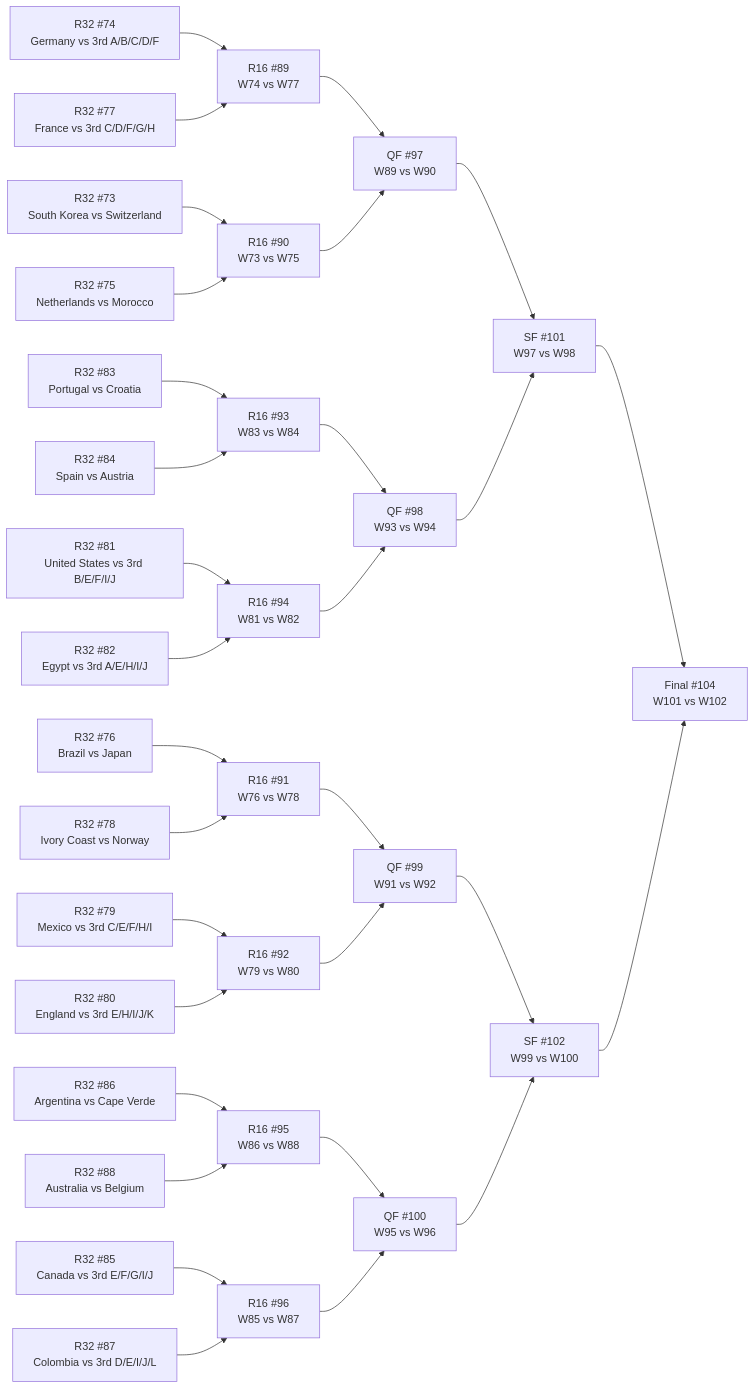
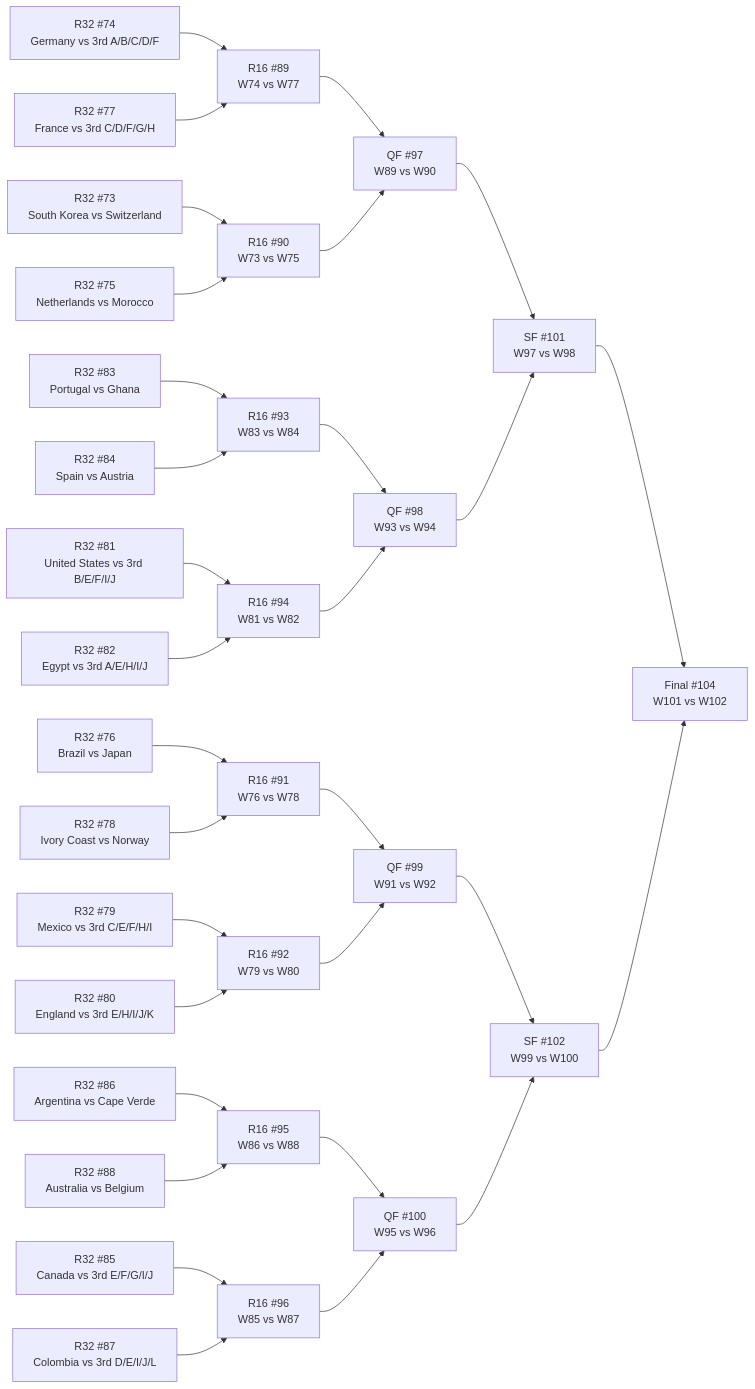
One commit to Tutai-Tran/WC-2026-predictor changed the diagram in WC vault/_bracket.md. Above: the diagram before and after it, drawn with Mermaid. The commit also changed other lines of this file and 229 other files, not shown here.

````diff
--- a/WC vault/_bracket.md
+++ b/WC vault/_bracket.md
@@ -11,64 +11,64 @@
 ```mermaid
 flowchart LR
   M73["R32 #73<br>South Korea vs Switzerland"]
   M74["R32 #74<br>Germany vs 3rd A/B/C/D/F"]
   M75["R32 #75<br>Netherlands vs Morocco"]
   M76["R32 #76<br>Brazil vs Japan"]
   M77["R32 #77<br>France vs 3rd C/D/F/G/H"]
   M78["R32 #78<br>Ivory Coast vs Norway"]
   M79["R32 #79<br>Mexico vs 3rd C/E/F/H/I"]
   M80["R32 #80<br>England vs 3rd E/H/I/J/K"]
   M81["R32 #81<br>United States vs 3rd B/E/F/I/J"]
   M82["R32 #82<br>Egypt vs 3rd A/E/H/I/J"]
-  M83["R32 #83<br>Portugal vs Croatia"]
+  M83["R32 #83<br>Portugal vs Ghana"]
   M84["R32 #84<br>Spain vs Austria"]
   M85["R32 #85<br>Canada vs 3rd E/F/G/I/J"]
   M86["R32 #86<br>Argentina vs Cape Verde"]
   M87["R32 #87<br>Colombia vs 3rd D/E/I/J/L"]
   M88["R32 #88<br>Australia vs Belgium"]
   M89["R16 #89<br>W74 vs W77"]
   M90["R16 #90<br>W73 vs W75"]
   M91["R16 #91<br>W76 vs W78"]
   M92["R16 #92<br>W79 vs W80"]
   M93["R16 #93<br>W83 vs W84"]
   M94["R16 #94<br>W81 vs W82"]
   M95["R16 #95<br>W86 vs W88"]
   M96["R16 #96<br>W85 vs W87"]
   M97["QF #97<br>W89 vs W90"]
   M98["QF #98<br>W93 vs W94"]
   M99["QF #99<br>W91 vs W92"]
   M100["QF #100<br>W95 vs W96"]
   M101["SF #101<br>W97 vs W98"]
   M102["SF #102<br>W99 vs W100"]
   M104["Final #104<br>W101 vs W102"]
   M74 --> M89
   M77 --> M89
   M73 --> M90
   M75 --> M90
   M76 --> M91
   M78 --> M91
   M79 --> M92
   M80 --> M92
   M83 --> M93
   M84 --> M93
   M81 --> M94
   M82 --> M94
   M86 --> M95
   M88 --> M95
   M85 --> M96
   M87 --> M96
   M89 --> M97
   M90 --> M97
   M93 --> M98
   M94 --> M98
   M91 --> M99
   M92 --> M99
   M95 --> M100
   M96 --> M100
   M97 --> M101
   M98 --> M101
   M99 --> M102
   M100 --> M102
   M101 --> M104
   M102 --> M104
 ```
````
